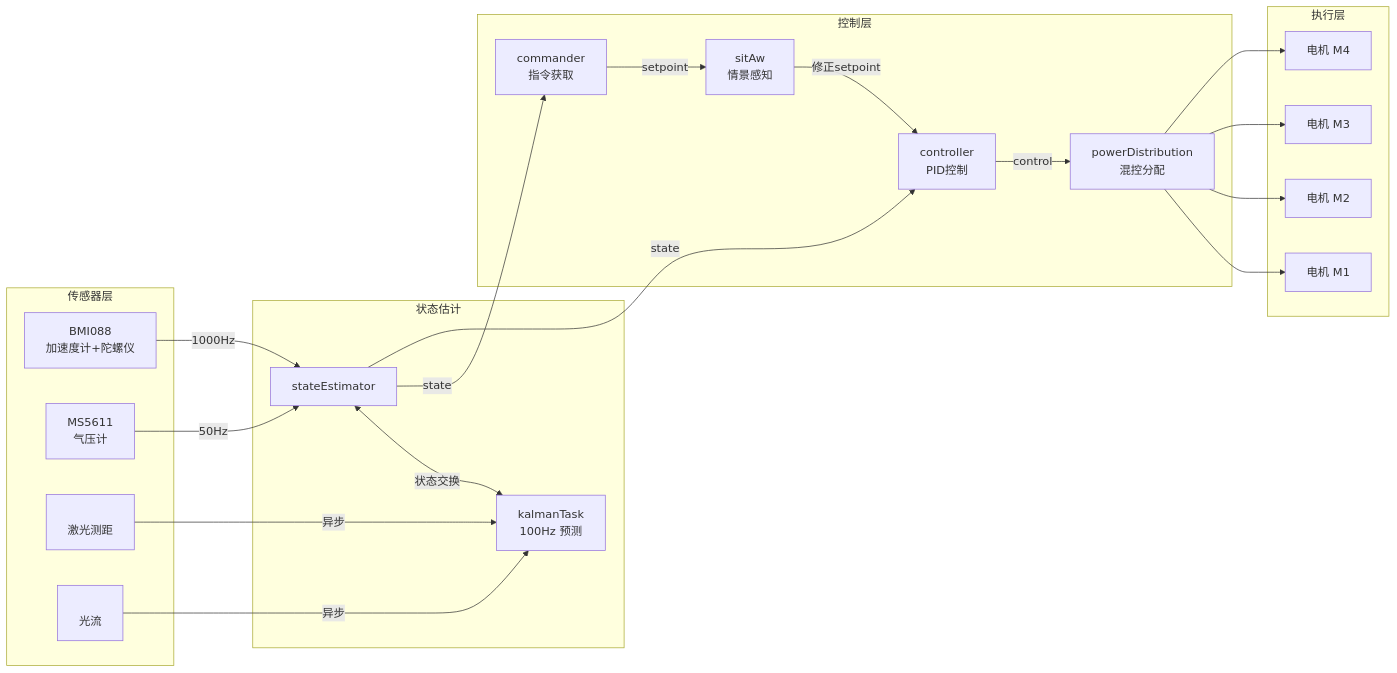
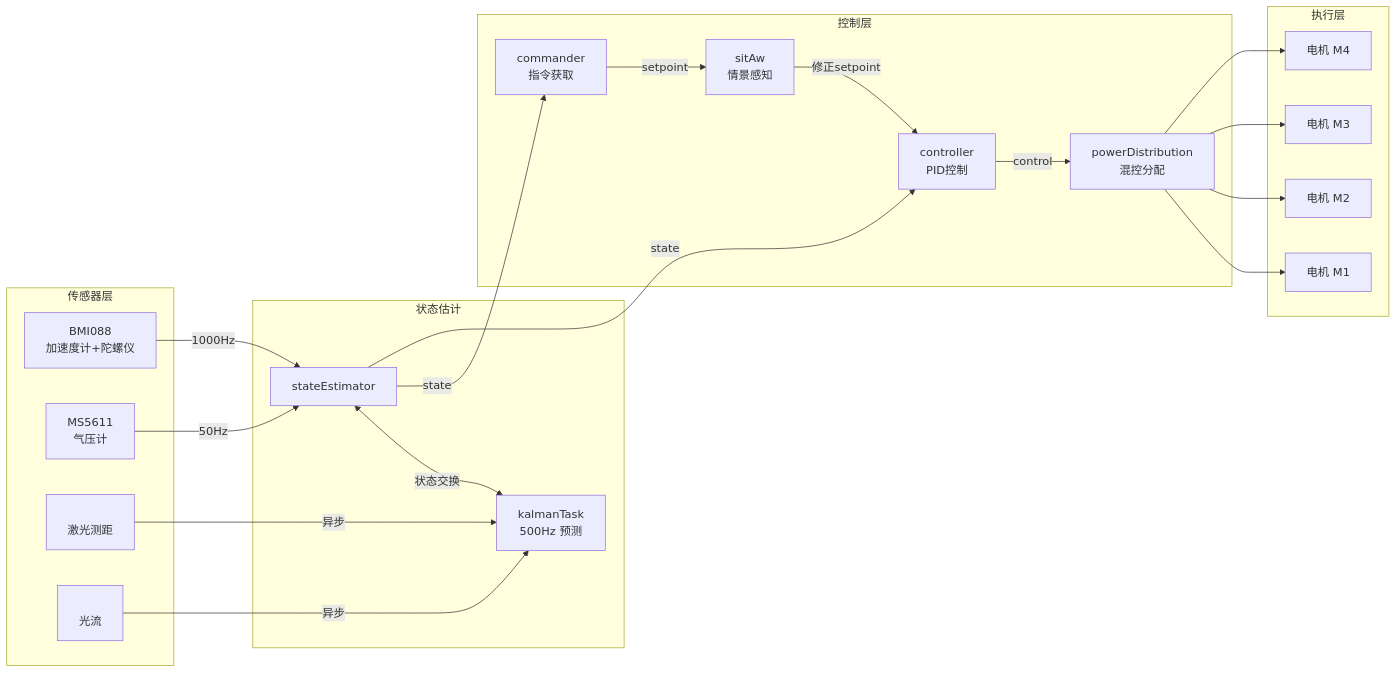
The second of 7 diagrams in 文档/无人机控制流程.md (starliliko/diy-drone-powered-by-esp32s3), drawn with Mermaid before and after one commit. The commit also changed other lines of this file and 21 other files, not shown here.

````diff
--- a/文档/无人机控制流程.md
+++ b/文档/无人机控制流程.md
@@ -68,45 +68,45 @@
 ```mermaid
 flowchart LR
     subgraph 传感器层
         IMU[BMI088<br/>加速度计+陀螺仪]
         BARO[MS5611<br/>气压计]
         TOF[<br/>激光测距]
         FLOW[<br/>光流]
     end
 
     subgraph 状态估计
         SE[stateEstimator]
-        KF[kalmanTask<br/>100Hz 预测]
+        KF[kalmanTask<br/>500Hz 预测]
     end
 
     subgraph 控制层
         CMD[commander<br/>指令获取]
         SITAW[sitAw<br/>情景感知]
         CTRL[controller<br/>PID控制]
         PWR[powerDistribution<br/>混控分配]
     end
 
     subgraph 执行层
         M1[电机 M1]
         M2[电机 M2]
         M3[电机 M3]
         M4[电机 M4]
     end
 
     IMU -->|1000Hz| SE
     BARO -->|50Hz| SE
     TOF -->|异步| KF
     FLOW -->|异步| KF
     
     SE <-->|状态交换| KF
     SE -->|state| CMD
     CMD -->|setpoint| SITAW
     SITAW -->|修正setpoint| CTRL
     SE -->|state| CTRL
     
     CTRL -->|control| PWR
     PWR --> M1
     PWR --> M2
     PWR --> M3
     PWR --> M4
 ```
````
